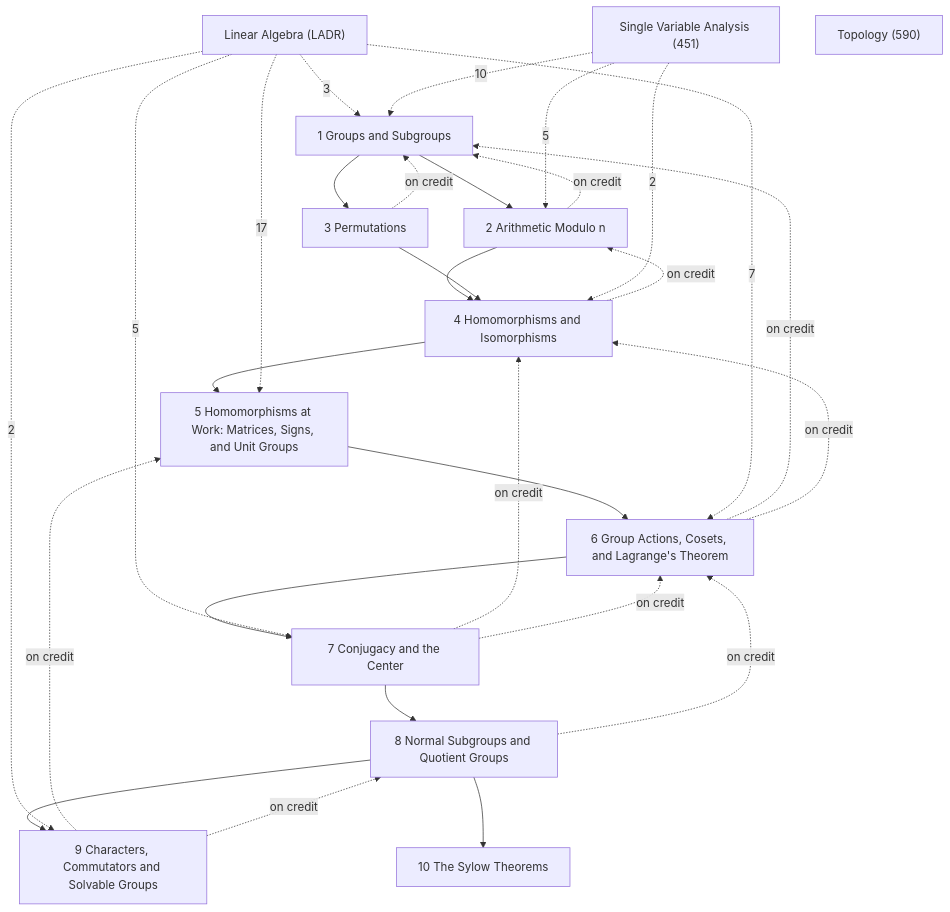
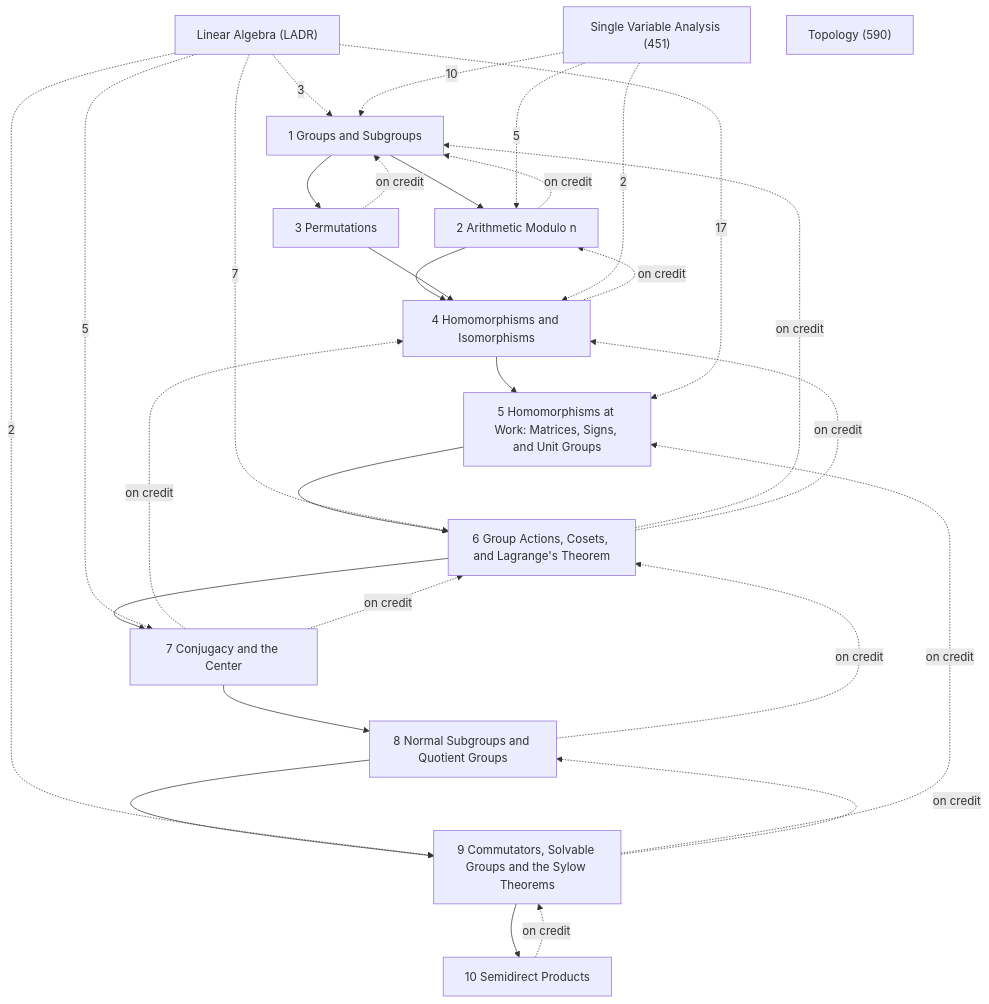
One commit to Onion20040508/notes changed the diagram in Math/Group Theory/Group Theory.md. Above: the diagram before and after it, drawn with Mermaid. The commit also changed other lines of this file and 32 other files, not shown here.

````diff
--- a/Math/Group Theory/Group Theory.md
+++ b/Math/Group Theory/Group Theory.md
@@ -27,44 +27,45 @@
 ```mermaid
 graph TD
   C1["1 Groups and Subgroups"]
   C2["2 Arithmetic Modulo n"]
   C3["3 Permutations"]
   C4["4 Homomorphisms and Isomorphisms"]
   C5["5 Homomorphisms at Work: Matrices, Signs, and Unit Groups"]
   C6["6 Group Actions, Cosets, and Lagrange's Theorem"]
   C7["7 Conjugacy and the Center"]
   C8["8 Normal Subgroups and Quotient Groups"]
-  C9["9 Characters, Commutators and Solvable Groups"]
-  C10["10 The Sylow Theorems"]
+  C9["9 Commutators, Solvable Groups and the Sylow Theorems"]
+  C10["10 Semidirect Products"]
   X1["Linear Algebra (LADR)"]
   X2["Single Variable Analysis (451)"]
   X3["Topology (590)"]
   C1 --> C2
   C1 --> C3
   C2 --> C4
   C3 --> C4
   C4 --> C5
   C5 --> C6
   C6 --> C7
   C7 --> C8
   C8 --> C9
-  C8 --> C10
+  C9 --> C10
   C2 -.->|on credit| C1
   C3 -.->|on credit| C1
   C4 -.->|on credit| C2
   C6 -.->|on credit| C1
   C6 -.->|on credit| C4
   C7 -.->|on credit| C4
   C7 -.->|on credit| C6
   C8 -.->|on credit| C6
   C9 -.->|on credit| C5
   C9 -.->|on credit| C8
+  C10 -.->|on credit| C9
   X1 -.->|3| C1
   X1 -.->|17| C5
   X1 -.->|7| C6
   X1 -.->|5| C7
   X1 -.->|2| C9
   X2 -.->|10| C1
   X2 -.->|5| C2
   X2 -.->|2| C4
 ```
````
